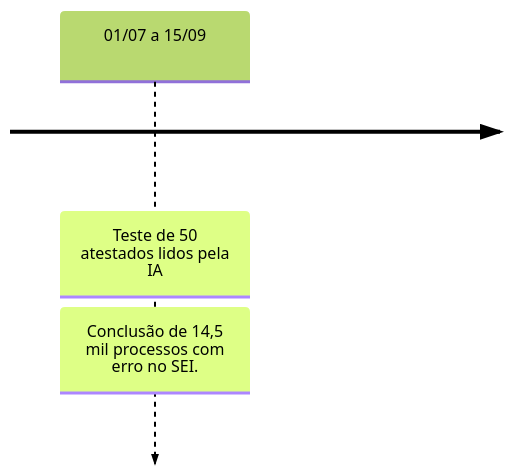
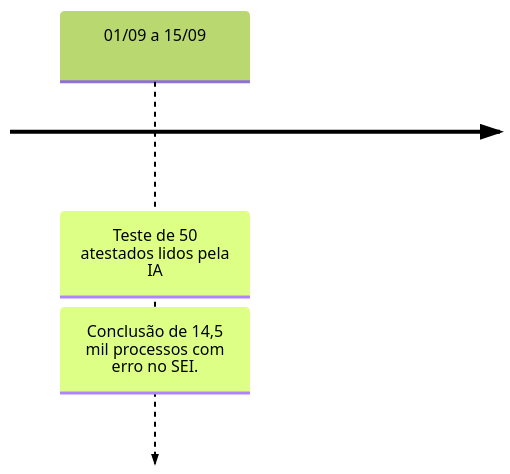
One commit to automatiza-mg/handbook changed the sixth of 6 diagrams in docs/linha_do_tempo/projeto_seplag_scpmso.md. Above: the diagram before and after it, drawn with Mermaid (forest theme).

Commit message:
corrige data linha do tempo projeto perícia

````diff
--- a/docs/linha_do_tempo/projeto_seplag_scpmso.md
+++ b/docs/linha_do_tempo/projeto_seplag_scpmso.md
@@ -66,5 +66,5 @@
     ```mermaid
     timeline
-        01/07 a 15/09 : Teste de 50 atestados lidos pela IA
+        01/09 a 15/09 : Teste de 50 atestados lidos pela IA
                       : Conclusão de 14,5 mil processos com erro no SEI.
     ```
````
